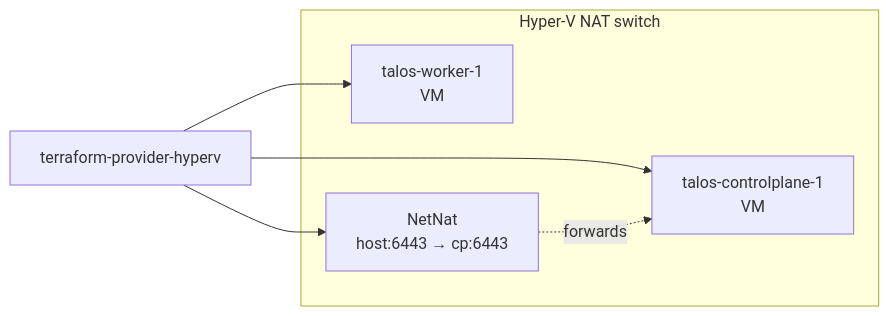
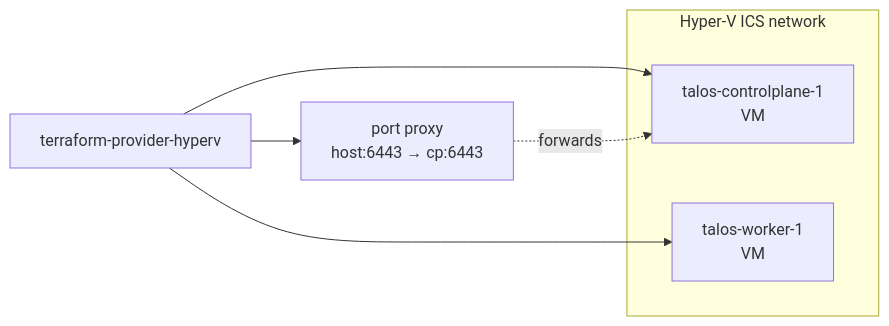
One commit to windsorcli/core changed the second of 4 diagrams in terraform/compute/README.md. Above: the diagram before and after it, drawn with Mermaid. The commit also changed other lines of this file and 11 other files, not shown here.

Commit message:
feat(hyperv)!: lease NodePort guests by DHCP behind an ICS network

````diff
--- a/terraform/compute/README.md
+++ b/terraform/compute/README.md
@@ -61,15 +61,16 @@
 ```mermaid
 flowchart LR
   prov[terraform-provider-hyperv]
 
-  subgraph hv[Hyper-V NAT switch]
+  pp[port proxy<br/>host:6443 → cp:6443]
+
+  subgraph hv[Hyper-V ICS network]
     cp[talos-controlplane-1<br/>VM]
     w[talos-worker-1<br/>VM]
-    netnat[NetNat<br/>host:6443 → cp:6443]
   end
 
   prov --> cp
   prov --> w
-  prov --> netnat
-  netnat -.forwards.-> cp
+  prov --> pp
+  pp -.forwards.-> cp
 ```
````
